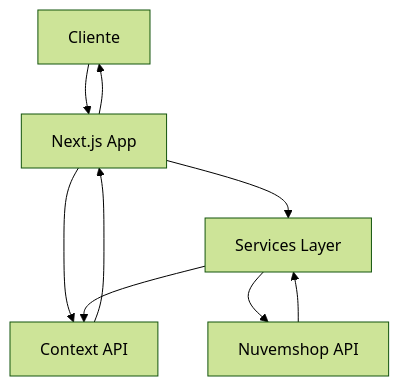
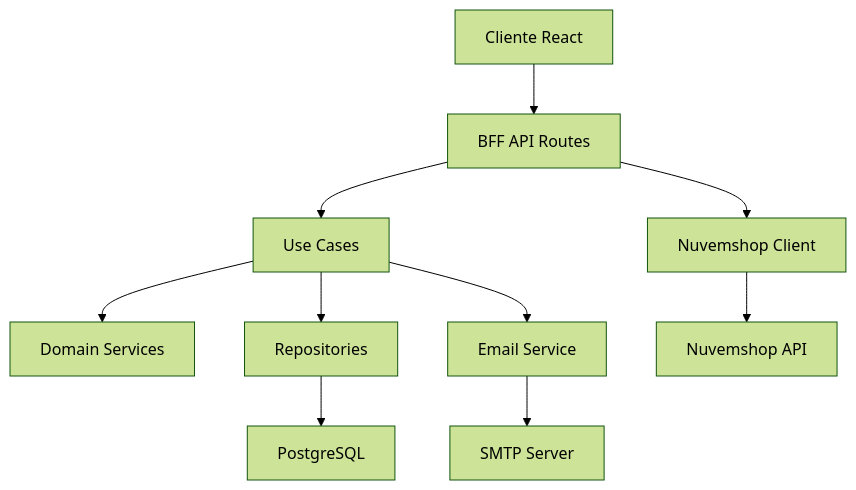
The diagram in README.md (wesandradealves/Nutreon-BR), drawn with Mermaid (forest theme) before and after one commit. The commit also changed other lines of this file, not shown here.

````diff
--- a/README.md
+++ b/README.md
@@ -191,11 +276,12 @@
 ```mermaid
 graph TD
-    A[Cliente] --> B[Next.js App]
-    B --> C[Context API]
-    B --> D[Services Layer]
-    D --> E[Nuvemshop API]
-    E --> D
-    D --> C
-    C --> B
-    B --> A
+    A[Cliente React] --> B[BFF API Routes]
+    B --> C[Use Cases]
+    C --> D[Domain Services]
+    C --> E[Repositories]
+    E --> F[PostgreSQL]
+    B --> G[Nuvemshop Client]
+    G --> H[Nuvemshop API]
+    C --> I[Email Service]
+    I --> J[SMTP Server]
 ```
````
